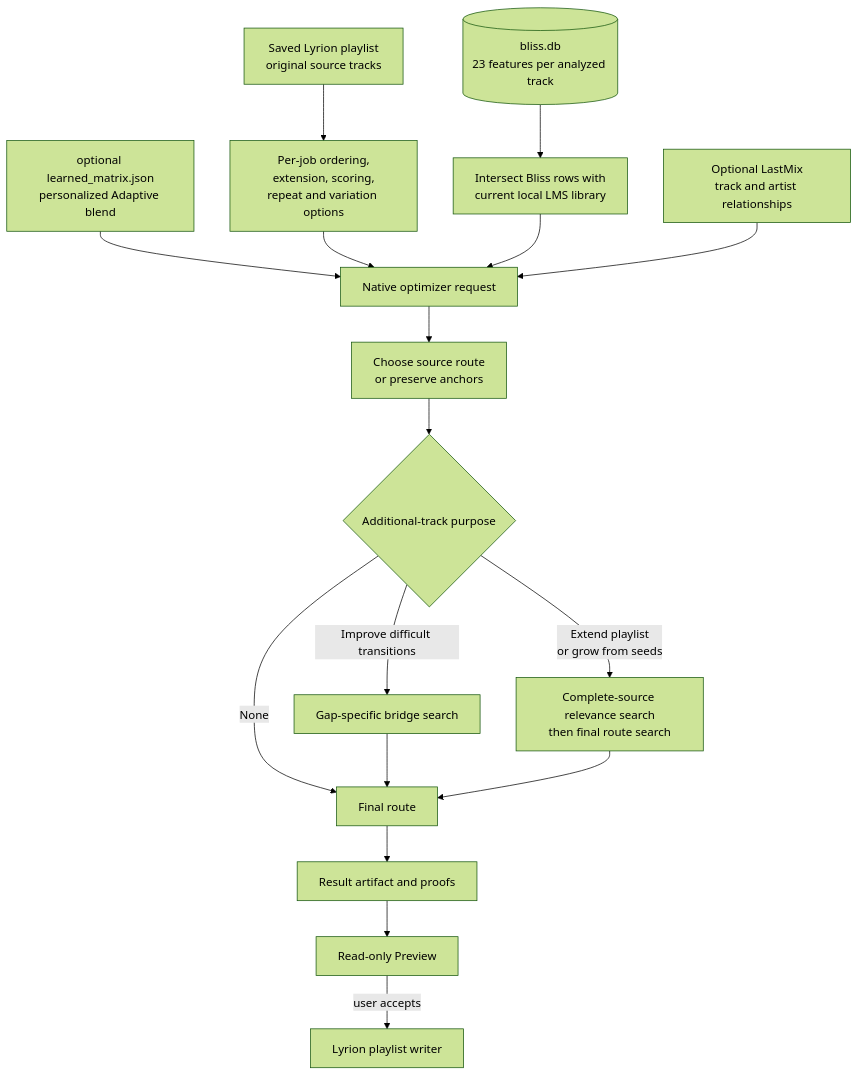
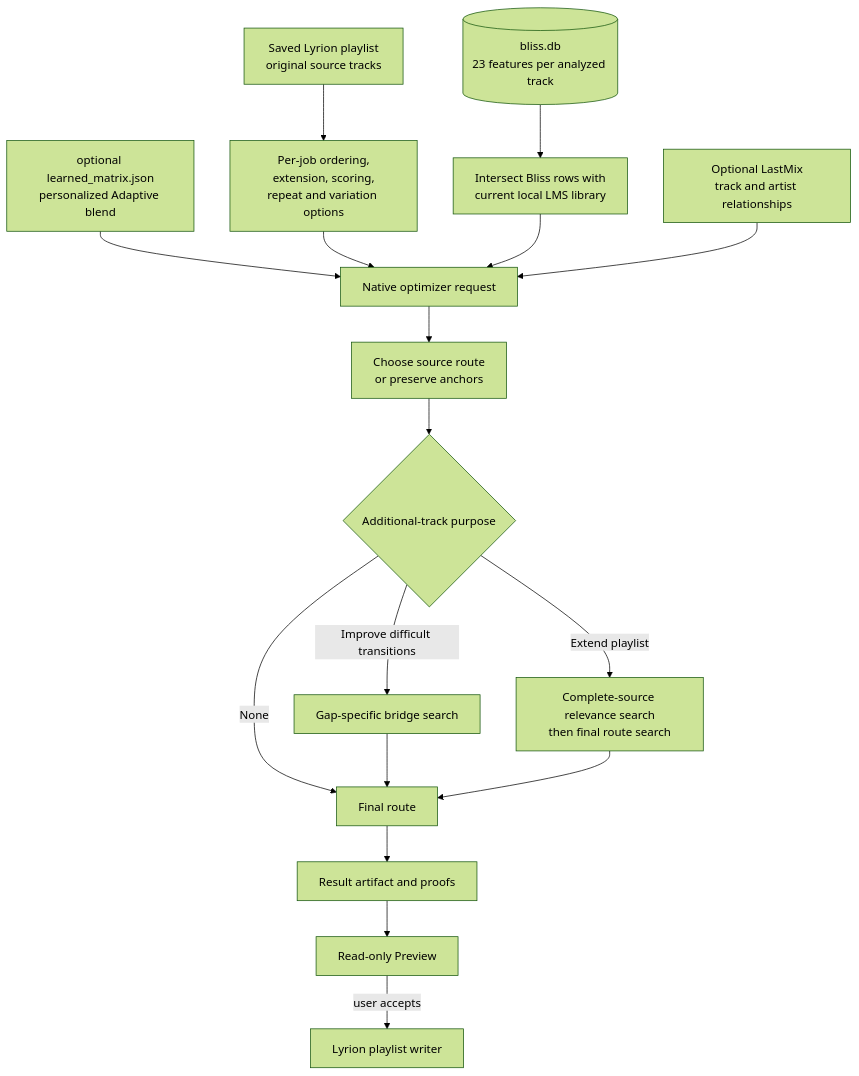
One commit to chrober/lms-better-call-bliss changed the first of 7 diagrams in ALGORITHMS.md. Above: the diagram before and after it, drawn with Mermaid (forest theme). The commit also changed other lines of this file and 4 other files, not shown here.

```diff
--- a/ALGORITHMS.md
+++ b/ALGORITHMS.md
@@ -61,19 +60,19 @@
 ~~~mermaid
 flowchart TD
     P["Saved Lyrion playlist<br/>original source tracks"] --> O["Per-job ordering,<br/>extension, scoring,<br/>repeat and variation options"]
     DB[("bliss.db<br/>23 features per analyzed track")] --> I["Intersect Bliss rows with<br/>current local LMS library"]
     M["optional learned_matrix.json<br/>personalized Adaptive blend"] --> N
     O --> N["Native optimizer request"]
     I --> N
     L["Optional LastMix<br/>track and artist relationships"] --> N
     N --> S["Choose source route<br/>or preserve anchors"]
     S --> X{"Additional-track purpose"}
     X -- None --> R["Final route"]
     X -- Improve difficult transitions --> B["Gap-specific bridge search"]
-    X -- Extend playlist<br/>or grow from seeds --> G["Complete-source relevance search<br/>then final route search"]
+    X -- Extend playlist --> G["Complete-source relevance search<br/>then final route search"]
     B --> R
     G --> R
     R --> V["Result artifact and proofs"]
     V --> Q["Read-only Preview"]
     Q -->|"user accepts"| W["Lyrion playlist writer"]
 ~~~
```
